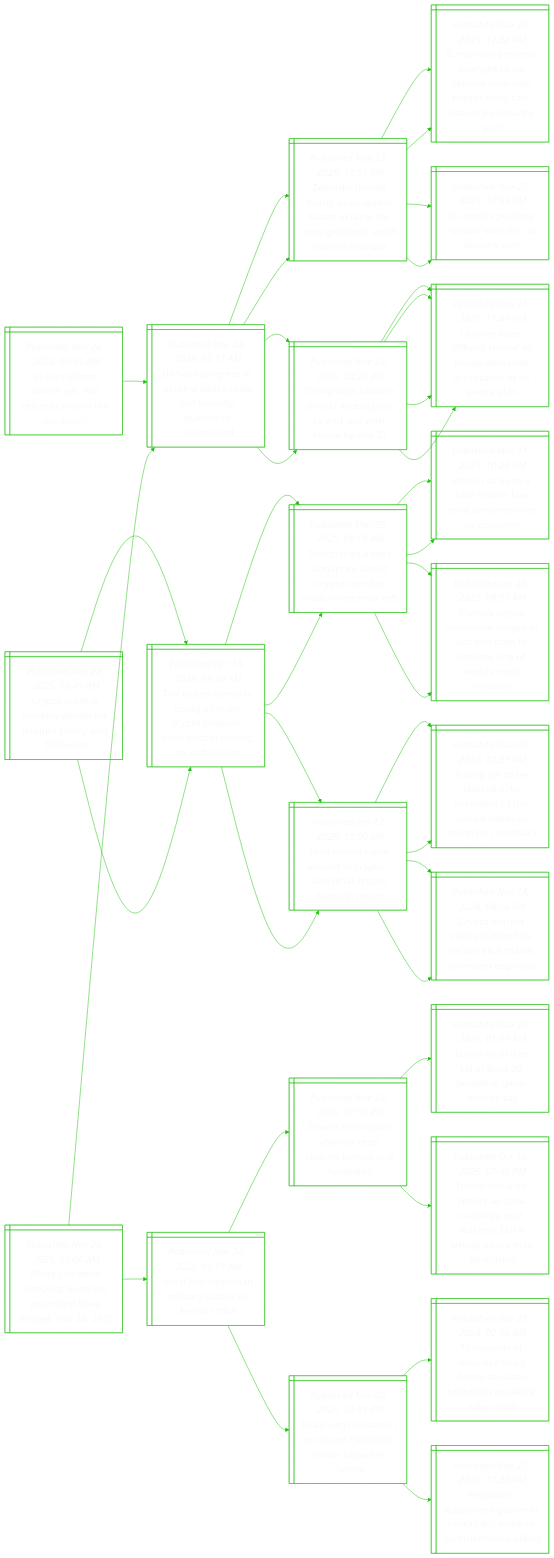
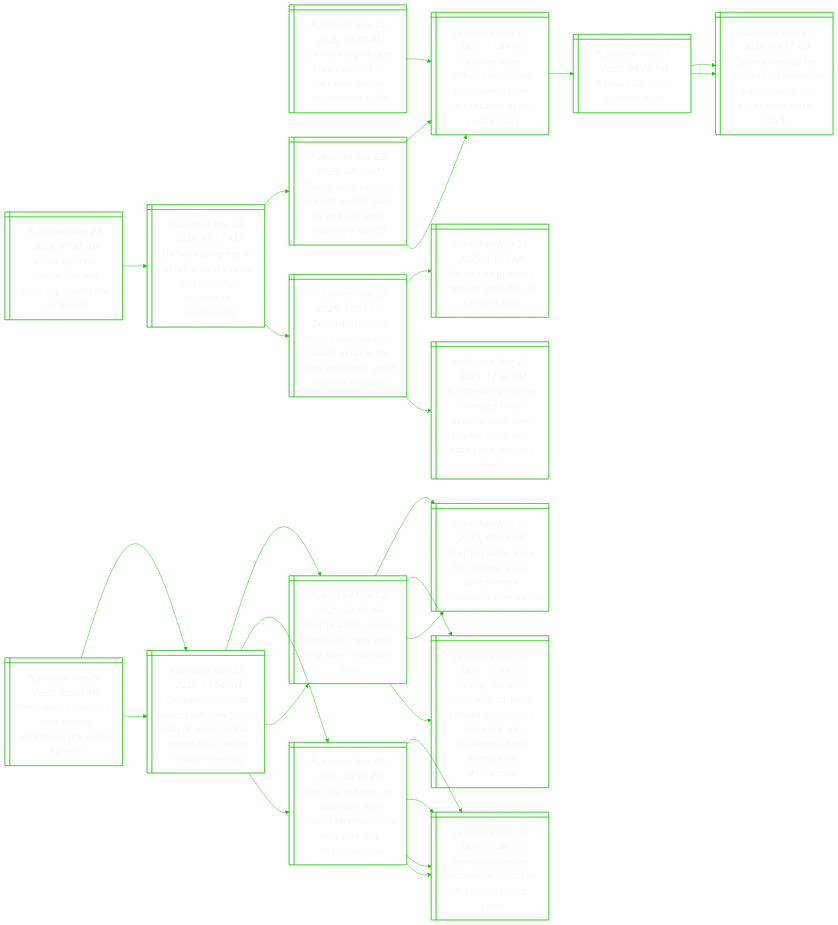
Before and after one commit to notJmes/notJmes: the diagram in README.md, drawn with Mermaid. The commit also changed other lines of this file, not shown here.

````diff
--- a/README.md
+++ b/README.md
@@ -15,6 +15,68 @@
 %%{init: {'theme':'base', 'themeVariables': {'primaryColor': "transparent", 'primaryTextColor': "#F9F9F9", 'lineColor': "#20C20E", 'primaryBorderColor':'#20C20E'}}}%%
 flowchart LR
 classDef txtsize font-size:20px;
+
+Ulnaewniaark@{ shape: win-pane, label: "_Published Nov 24, 2025, 08:40 AM_
+Us hails ‘significant step forward’ in ukraine ‘peace framework’ talks" }
+Uneftcrespepp@{ shape: win-pane, label: "_Published Nov 21, 2025, 11:49 PM_
+Ukraine faces ‘difficult choice’ as trump demands acceptance of us peace plan" }
+Tstia@{ shape: win-pane, label: "_Published Nov 21, 2025, 04:26 PM_
+Trump’s 28-point ukraine plan" }
+Zsarskbdaosb@{ shape: win-pane, label: "_Published Nov 21, 2025, 03:17 AM_
+Zelensky ready for ‘honest’ work on us-backed plan as europeans push back" }
+Zsarskbdaosb@{ shape: win-pane, label: "_Published Nov 21, 2025, 03:17 AM_
+Zelensky ready for ‘honest’ work on us-backed plan as europeans push back" }
+
+Ulnaewniaark:::txtsize --> Uneftcrespepp:::txtsize
+Uneftcrespepp:::txtsize --> Tstia:::txtsize
+Tstia:::txtsize --> Zsarskbdaosb:::txtsize
+Tstia:::txtsize --> Zsarskbdaosb:::txtsize
+
+Mnewrclese@{ shape: win-pane, label: "_Published Nov 24, 2025, 08:00 AM_
+Mamdani’s meeting with trump scrambled the maga-sphere" }
+TcncoYaloMnhoeg@{ shape: win-pane, label: "_Published Nov 22, 2025, 04:54 AM_
+Trump commends victory of new york mayor-elect zohran mamdani at white house meeting" }
+ThuMnlmenekmae@{ shape: win-pane, label: "_Published Nov 05, 2025, 02:15 PM_
+‘turn the volume up,’ mamdani tells trump after winning new york city mayoral race" }
+Drwialosdp@{ shape: win-pane, label: "_Published Nov 05, 2025, 09:46 AM_
+Democrats sweep first major elections of second trump term" }
+Drwialosdp@{ shape: win-pane, label: "_Published Nov 05, 2025, 09:46 AM_
+Democrats sweep first major elections of second trump term" }
+TarwsekaMn@{ shape: win-pane, label: "_Published Nov 12, 2025, 07:10 AM_
+Trump aides review funds for new york city after mamdani win" }
+YMmnoihaiYilehpea@{ shape: win-pane, label: "_Published Nov 05, 2025, 10:55 AM_
+Young, muslim, asian and socialist: zohran mamdani’s new york win challenges both trump and democrats" }
+Tcsbcaomhwes@{ shape: win-pane, label: "_Published Nov 12, 2025, 06:55 AM_
+Trump claims ‘very big victory’ as us government shutdown vote nears" }
+TcncoYaloMnhoeg@{ shape: win-pane, label: "_Published Nov 22, 2025, 04:54 AM_
+Trump commends victory of new york mayor-elect zohran mamdani at white house meeting" }
+ThuMnlmenekmae@{ shape: win-pane, label: "_Published Nov 05, 2025, 02:15 PM_
+‘turn the volume up,’ mamdani tells trump after winning new york city mayoral race" }
+Drwialosdp@{ shape: win-pane, label: "_Published Nov 05, 2025, 09:46 AM_
+Democrats sweep first major elections of second trump term" }
+Drwialosdp@{ shape: win-pane, label: "_Published Nov 05, 2025, 09:46 AM_
+Democrats sweep first major elections of second trump term" }
+TarwsekaMn@{ shape: win-pane, label: "_Published Nov 12, 2025, 07:10 AM_
+Trump aides review funds for new york city after mamdani win" }
+YMmnoihaiYilehpea@{ shape: win-pane, label: "_Published Nov 05, 2025, 10:55 AM_
+Young, muslim, asian and socialist: zohran mamdani’s new york win challenges both trump and democrats" }
+Tcsbcaomhwes@{ shape: win-pane, label: "_Published Nov 12, 2025, 06:55 AM_
+Trump claims ‘very big victory’ as us government shutdown vote nears" }
+
+Mnewrclese:::txtsize --> TcncoYaloMnhoeg:::txtsize
+TcncoYaloMnhoeg:::txtsize --> ThuMnlmenekmae:::txtsize
+ThuMnlmenekmae:::txtsize --> Drwialosdp:::txtsize
+ThuMnlmenekmae:::txtsize --> Drwialosdp:::txtsize
+TcncoYaloMnhoeg:::txtsize --> TarwsekaMn:::txtsize
+TarwsekaMn:::txtsize --> YMmnoihaiYilehpea:::txtsize
+TarwsekaMn:::txtsize --> Tcsbcaomhwes:::txtsize
+Mnewrclese:::txtsize --> TcncoYaloMnhoeg:::txtsize
+TcncoYaloMnhoeg:::txtsize --> ThuMnlmenekmae:::txtsize
+ThuMnlmenekmae:::txtsize --> Drwialosdp:::txtsize
+ThuMnlmenekmae:::txtsize --> Drwialosdp:::txtsize
+TcncoYaloMnhoeg:::txtsize --> TarwsekaMn:::txtsize
+TarwsekaMn:::txtsize --> YMmnoihaiYilehpea:::txtsize
+TarwsekaMn:::txtsize --> Tcsbcaomhwes:::txtsize
 
 Iterelnitcn@{ shape: win-pane, label: "_Published Nov 24, 2025, 07:45 AM_
 In his tightest corner yet, will zelensky rise to the occasion?" }
@@ -41,96 +103,4 @@
 Tskeleanwub:::txtsize --> Uneftcrespepp:::txtsize
 Tskeleanwub:::txtsize --> Uneftcrespepp:::txtsize
 
-Cohowhrfyoe@{ shape: win-pane, label: "_Published Nov 24, 2025, 06:45 AM_
-Crypto crash is eroding wealth for trump’s family and followers" }
-Tumsgnyrtmonoln@{ shape: win-pane, label: "_Published Apr 13, 2025, 09:30 AM_
-The trump family is going all in on crypto projects, from bitcoin mining to stablecoins" }
-TMtiosyoMniF@{ shape: win-pane, label: "_Published Mar 25, 2025, 09:18 AM_
-Trump media taps singapore-based crypto.com for made-in-america etfs" }
-Bikfoodevem@{ shape: win-pane, label: "_Published Mar 11, 2025, 10:20 AM_
-Bitcoin sinks to a four-month low amid concerns over us economy" }
-Tstesssdomolsu@{ shape: win-pane, label: "_Published Jan 20, 2025, 08:55 AM_
-Trump’s crypto memecoin surges in just two days to become one of world’s most valuable" }
-Humucohyanr@{ shape: win-pane, label: "_Published Jan 12, 2025, 10:00 AM_
-How trump came around to crypto – and what crypto wants in return" }
-TsbchioUdetne@{ shape: win-pane, label: "_Published Nov 06, 2024, 07:37 AM_
-Trump set to be elected 47th president of the united states in stunning comeback" }
-Coeisnrdlnpo@{ shape: win-pane, label: "_Published Nov 14, 2024, 04:16 PM_
-Crypto market capitalisation hits record $4.3 trillion on trump euphoria" }
-Tumsgnyrtmonoln@{ shape: win-pane, label: "_Published Apr 13, 2025, 09:30 AM_
-The trump family is going all in on crypto projects, from bitcoin mining to stablecoins" }
-TMtiosyoMniF@{ shape: win-pane, label: "_Published Mar 25, 2025, 09:18 AM_
-Trump media taps singapore-based crypto.com for made-in-america etfs" }
-Bikfoodevem@{ shape: win-pane, label: "_Published Mar 11, 2025, 10:20 AM_
-Bitcoin sinks to a four-month low amid concerns over us economy" }
-Tstesssdomolsu@{ shape: win-pane, label: "_Published Jan 20, 2025, 08:55 AM_
-Trump’s crypto memecoin surges in just two days to become one of world’s most valuable" }
-Humucohyanr@{ shape: win-pane, label: "_Published Jan 12, 2025, 10:00 AM_
-How trump came around to crypto – and what crypto wants in return" }
-TsbchioUdetne@{ shape: win-pane, label: "_Published Nov 06, 2024, 07:37 AM_
-Trump set to be elected 47th president of the united states in stunning comeback" }
-Coeisnrdlnpo@{ shape: win-pane, label: "_Published Nov 14, 2024, 04:16 PM_
-Crypto market capitalisation hits record $4.3 trillion on trump euphoria" }
-
-Cohowhrfyoe:::txtsize --> Tumsgnyrtmonoln:::txtsize
-Tumsgnyrtmonoln:::txtsize --> TMtiosyoMniF:::txtsize
-TMtiosyoMniF:::txtsize --> Bikfoodevem:::txtsize
-TMtiosyoMniF:::txtsize --> Tstesssdomolsu:::txtsize
-Tumsgnyrtmonoln:::txtsize --> Humucohyanr:::txtsize
-Humucohyanr:::txtsize --> TsbchioUdetne:::txtsize
-Humucohyanr:::txtsize --> Coeisnrdlnpo:::txtsize
-Cohowhrfyoe:::txtsize --> Tumsgnyrtmonoln:::txtsize
-Tumsgnyrtmonoln:::txtsize --> TMtiosyoMniF:::txtsize
-TMtiosyoMniF:::txtsize --> Bikfoodevem:::txtsize
-TMtiosyoMniF:::txtsize --> Tstesssdomolsu:::txtsize
-Tumsgnyrtmonoln:::txtsize --> Humucohyanr:::txtsize
-Humucohyanr:::txtsize --> TsbchioUdetne:::txtsize
-Humucohyanr:::txtsize --> Coeisnrdlnpo:::txtsize
-
-WYresemhiN@{ shape: win-pane, label: "_Published Nov 24, 2025, 06:06 AM_
-While you were sleeping: 5 stories you might have missed, nov 24, 2025" }
-Ulgiaeauuqinl@{ shape: win-pane, label: "_Published Nov 24, 2025, 02:17 AM_
-Us hails progress in ukraine peace talks but security questions unresolved" }
-ZsarsalUnzruikn@{ shape: win-pane, label: "_Published Nov 23, 2025, 11:53 PM_
-Zelensky thanks trump as us leader blasts ukraine for ‘zero gratitude’ amid talks to end war" }
-EeregUalthmNtett@{ shape: win-pane, label: "_Published Nov 24, 2025, 12:32 AM_
-Europeans propose changes to us ukraine plan with higher army cap, nato-style security pact" }
-UisRahaal@{ shape: win-pane, label: "_Published Nov 23, 2025, 10:55 AM_
-Us denies pushing russian ‘wish list’ as ukraine plan" }
-Tskeleanwub@{ shape: win-pane, label: "_Published Nov 22, 2025, 04:26 AM_
-Trump says ukraine should accept plan to end war with russia by nov 27" }
-Uneftcrespepp@{ shape: win-pane, label: "_Published Nov 21, 2025, 11:49 PM_
-Ukraine faces ‘difficult choice’ as trump demands acceptance of us peace plan" }
-Uneftcrespepp@{ shape: win-pane, label: "_Published Nov 21, 2025, 11:49 PM_
-Ukraine faces ‘difficult choice’ as trump demands acceptance of us peace plan" }
-Ilsomaanui@{ shape: win-pane, label: "_Published Nov 24, 2025, 01:17 AM_
-Israel kills hezbollah military leader in beirut strike" }
-Ilautpkanbh@{ shape: win-pane, label: "_Published Nov 23, 2025, 07:39 PM_
-Israel’s netanyahu vows to keep striking hamas and hezbollah" }
-Ilselaonms@{ shape: win-pane, label: "_Published Nov 23, 2025, 01:09 AM_
-Israeli airstrikes kill at least 20 people in gaza, medics say" }
-Tdrcaaededlncbs@{ shape: win-pane, label: "_Published Oct 14, 2025, 07:45 PM_
-Trump declares victory as gaza ceasefire deal reached, but a lasting peace may be elusive" }
-Ilsndmoucfe@{ shape: win-pane, label: "_Published Nov 02, 2025, 04:31 PM_
-Israel urges lebanon to disarm hezbollah under ceasefire terms" }
-TafnemsHleikl@{ shape: win-pane, label: "_Published Nov 27, 2024, 02:56 AM_
-Thousands of lebanese head home as israel-hezbollah ceasefire takes hold" }
-Hlutaarhbmrig@{ shape: win-pane, label: "_Published Sep 27, 2025, 11:20 PM_
-Hezbollah supporters gather at nasrallah's tomb to commemorate killing" }
-
-WYresemhiN:::txtsize --> Ulgiaeauuqinl:::txtsize
-Ulgiaeauuqinl:::txtsize --> ZsarsalUnzruikn:::txtsize
-ZsarsalUnzruikn:::txtsize --> EeregUalthmNtett:::txtsize
-ZsarsalUnzruikn:::txtsize --> UisRahaal:::txtsize
-Ulgiaeauuqinl:::txtsize --> Tskeleanwub:::txtsize
-Tskeleanwub:::txtsize --> Uneftcrespepp:::txtsize
-Tskeleanwub:::txtsize --> Uneftcrespepp:::txtsize
-WYresemhiN:::txtsize --> Ilsomaanui:::txtsize
-Ilsomaanui:::txtsize --> Ilautpkanbh:::txtsize
-Ilautpkanbh:::txtsize --> Ilselaonms:::txtsize
-Ilautpkanbh:::txtsize --> Tdrcaaededlncbs:::txtsize
-Ilsomaanui:::txtsize --> Ilsndmoucfe:::txtsize
-Ilsndmoucfe:::txtsize --> TafnemsHleikl:::txtsize
-Ilsndmoucfe:::txtsize --> Hlutaarhbmrig:::txtsize
-
 ```
````
